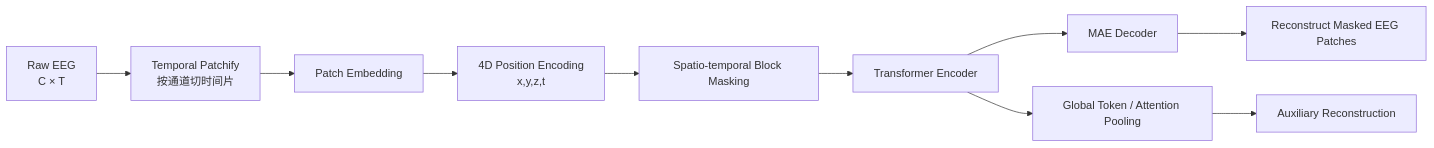
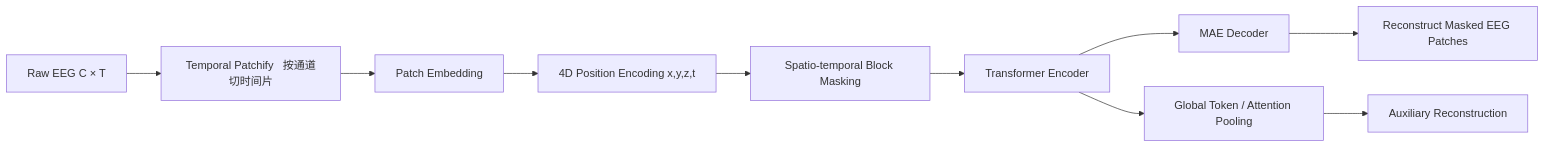
One commit to Aloduin/aloduin.github.io changed the first of 6 diagrams in source/_posts/REVE论文阅读笔记.md. Above: the diagram before and after it, drawn with Mermaid. The commit also changed 1 other file, not shown here.

Commit message:
update config and post

````diff
--- a/source/_posts/REVE论文阅读笔记.md
+++ b/source/_posts/REVE论文阅读笔记.md
@@ -72,13 +72,12 @@
 ```mermaid
 flowchart LR
-    A[Raw EEG<br/>C × T] --> B[Temporal Patchify<br/>按通道切时间片]
+    A[Raw EEG   C × T] --> B[Temporal Patchify   按通道切时间片]
     B --> C[Patch Embedding]
-    C --> D[4D Position Encoding<br/>x,y,z,t]
+    C --> D[4D Position Encoding  x,y,z,t]
     D --> E[Spatio-temporal Block Masking]
     E --> F[Transformer Encoder]
     F --> G[MAE Decoder]
     G --> H[Reconstruct Masked EEG Patches]
-
     F --> I[Global Token / Attention Pooling]
     I --> J[Auxiliary Reconstruction]
 ```
````
